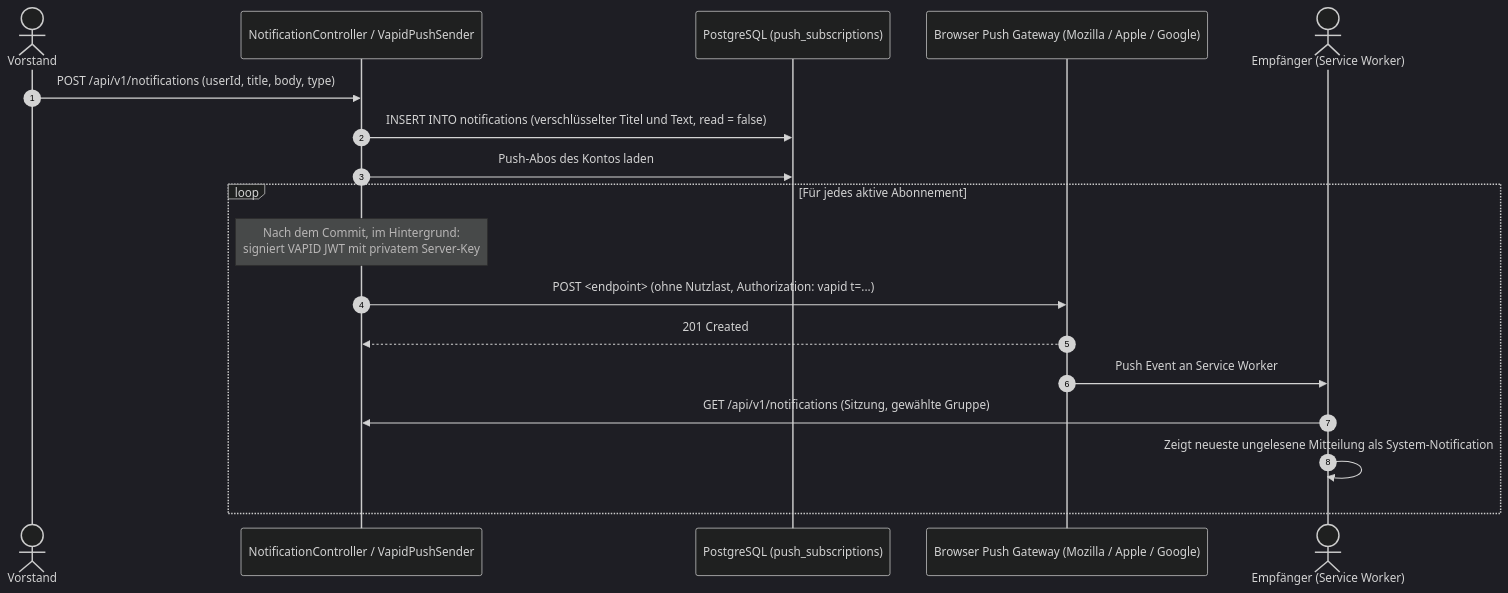
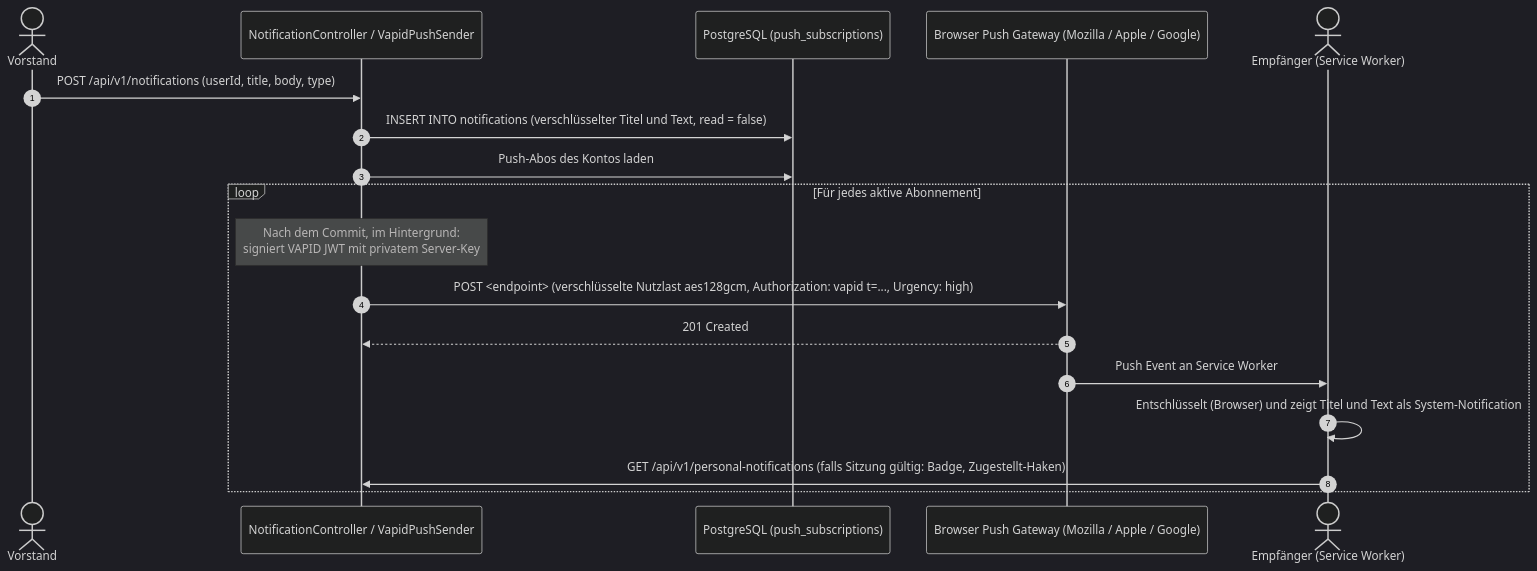
Before and after one commit to damaurer/vereint: the diagram in docs/domains/chat-and-push-notifications.md, drawn with Mermaid (dark theme). The commit also changed other lines of this file and 21 other files, not shown here.

First line of the commit message:
Push-Mitteilungen zuverlässig zustellen und beim Tippen zum Ziel führen

````diff
--- a/docs/domains/chat-and-push-notifications.md
+++ b/docs/domains/chat-and-push-notifications.md
@@ -147,21 +147,21 @@
 ```mermaid
 sequenceDiagram
     autonumber
     actor Board as Vorstand
     participant Spring as NotificationController / VapidPushSender
     participant DB as PostgreSQL (push_subscriptions)
     participant PushService as Browser Push Gateway (Mozilla / Apple / Google)
     actor Member as Empfänger (Service Worker)
 
     Board->>Spring: POST /api/v1/notifications (userId, title, body, type)
     Spring->>DB: INSERT INTO notifications (verschlüsselter Titel und Text, read = false)
     Spring->>DB: Push-Abos des Kontos laden
     loop Für jedes aktive Abonnement
         Note over Spring: Nach dem Commit, im Hintergrund:<br/>signiert VAPID JWT mit privatem Server-Key
-        Spring->>PushService: POST <endpoint> (ohne Nutzlast, Authorization: vapid t=...)
+        Spring->>PushService: POST <endpoint> (verschlüsselte Nutzlast aes128gcm, Authorization: vapid t=..., Urgency: high)
         PushService-->>Spring: 201 Created
         PushService->>Member: Push Event an Service Worker
-        Member->>Spring: GET /api/v1/notifications (Sitzung, gewählte Gruppe)
-        Member->>Member: Zeigt neueste ungelesene Mitteilung als System-Notification
+        Member->>Member: Entschlüsselt (Browser) und zeigt Titel und Text als System-Notification
+        Member->>Spring: GET /api/v1/personal-notifications (falls Sitzung gültig: Badge, Zugestellt-Haken)
     end
 ```
````
